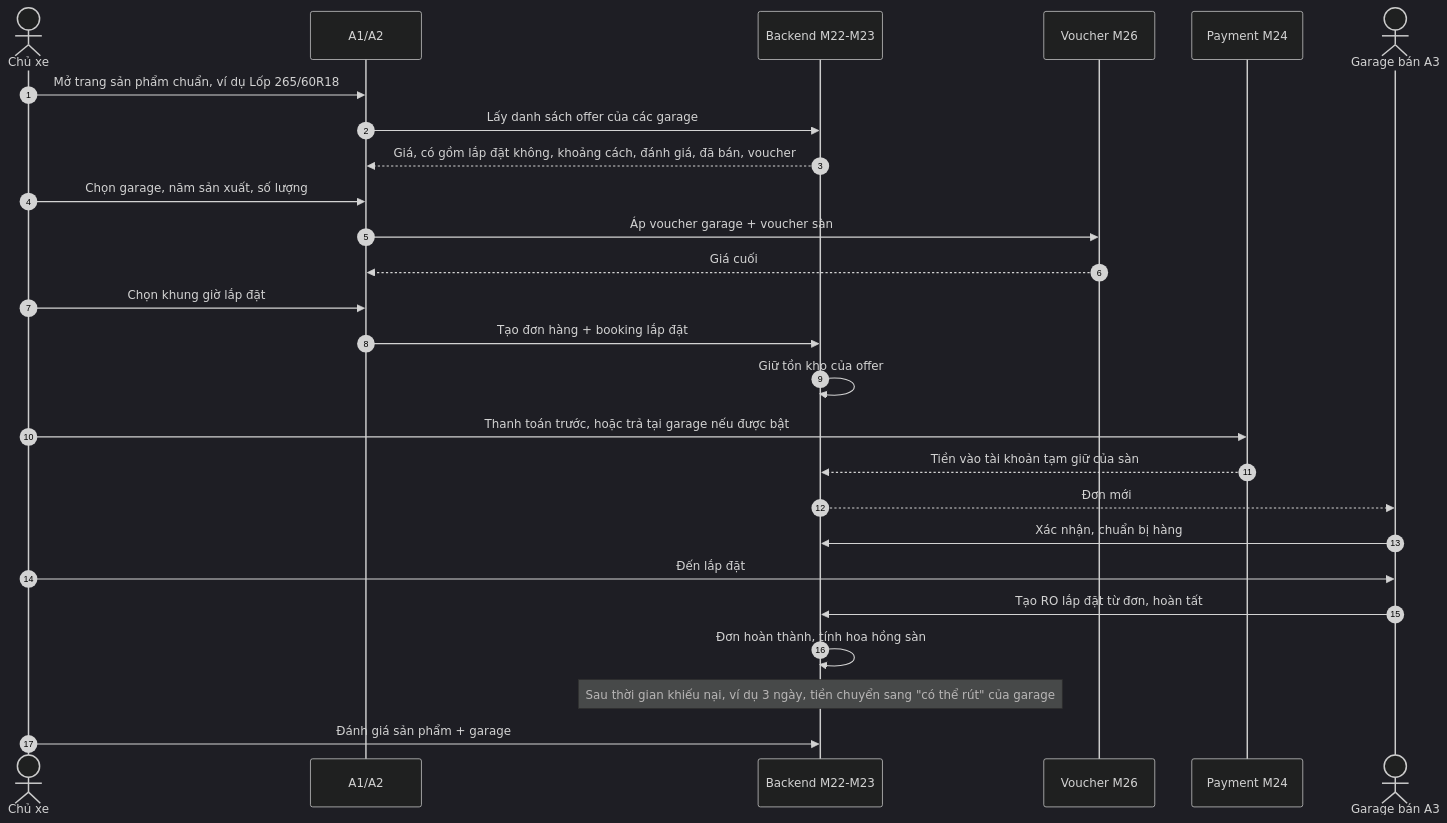
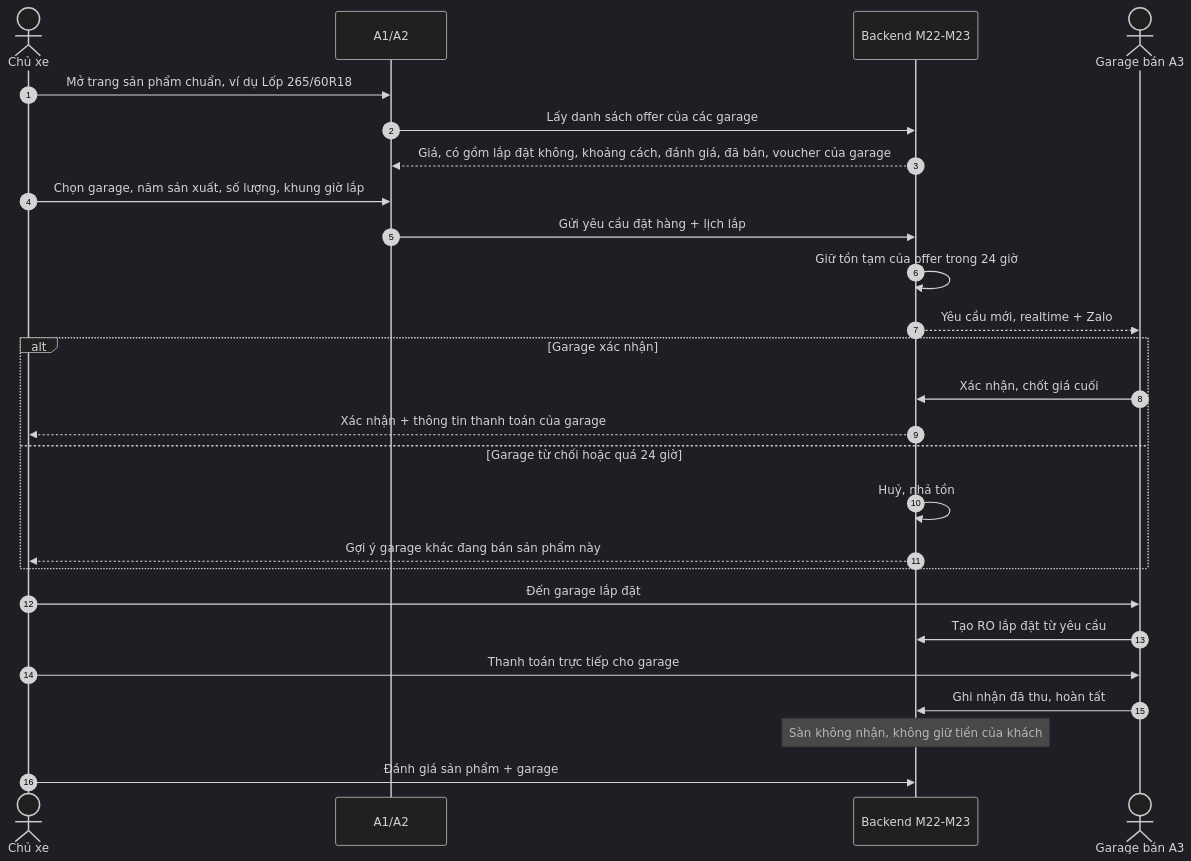
The third of 9 diagrams in docs/04-luong-nghiep-vu.md (south93/cardiy-crm), drawn with Mermaid (dark theme) before and after one commit. The commit also changed other lines of this file and 9 other files, not shown here.

First line of the commit message:
Cập nhật đặc tả: sàn chỉ là trung gian, cứu hộ là dịch vụ của garage; thêm lộ trình

````diff
--- a/docs/04-luong-nghiep-vu.md
+++ b/docs/04-luong-nghiep-vu.md
@@ -93,29 +93,29 @@
 ```mermaid
 sequenceDiagram
   autonumber
   actor CX as Chủ xe
   participant W as A1/A2
   participant API as Backend M22-M23
-  participant PROMO as Voucher M26
-  participant PAY as Payment M24
   actor G as Garage bán A3
 
   CX->>W: Mở trang sản phẩm chuẩn, ví dụ Lốp 265/60R18
   W->>API: Lấy danh sách offer của các garage
-  API-->>W: Giá, có gồm lắp đặt không, khoảng cách, đánh giá, đã bán, voucher
-  CX->>W: Chọn garage, năm sản xuất, số lượng
-  W->>PROMO: Áp voucher garage + voucher sàn
-  PROMO-->>W: Giá cuối
-  CX->>W: Chọn khung giờ lắp đặt
-  W->>API: Tạo đơn hàng + booking lắp đặt
-  API->>API: Giữ tồn kho của offer
-  CX->>PAY: Thanh toán trước, hoặc trả tại garage nếu được bật
-  PAY-->>API: Tiền vào tài khoản tạm giữ của sàn
-  API-->>G: Đơn mới
-  G->>API: Xác nhận, chuẩn bị hàng
-  CX->>G: Đến lắp đặt
-  G->>API: Tạo RO lắp đặt từ đơn, hoàn tất
-  API->>API: Đơn hoàn thành, tính hoa hồng sàn
-  Note over API: Sau thời gian khiếu nại, ví dụ 3 ngày, tiền chuyển sang "có thể rút" của garage
+  API-->>W: Giá, có gồm lắp đặt không, khoảng cách, đánh giá, đã bán, voucher của garage
+  CX->>W: Chọn garage, năm sản xuất, số lượng, khung giờ lắp
+  W->>API: Gửi yêu cầu đặt hàng + lịch lắp
+  API->>API: Giữ tồn tạm của offer trong 24 giờ
+  API-->>G: Yêu cầu mới, realtime + Zalo
+  alt Garage xác nhận
+    G->>API: Xác nhận, chốt giá cuối
+    API-->>CX: Xác nhận + thông tin thanh toán của garage
+  else Garage từ chối hoặc quá 24 giờ
+    API->>API: Huỷ, nhả tồn
+    API-->>CX: Gợi ý garage khác đang bán sản phẩm này
+  end
+  CX->>G: Đến garage lắp đặt
+  G->>API: Tạo RO lắp đặt từ yêu cầu
+  CX->>G: Thanh toán trực tiếp cho garage
+  G->>API: Ghi nhận đã thu, hoàn tất
+  Note over API: Sàn không nhận, không giữ tiền của khách
   CX->>API: Đánh giá sản phẩm + garage
 ```
````
